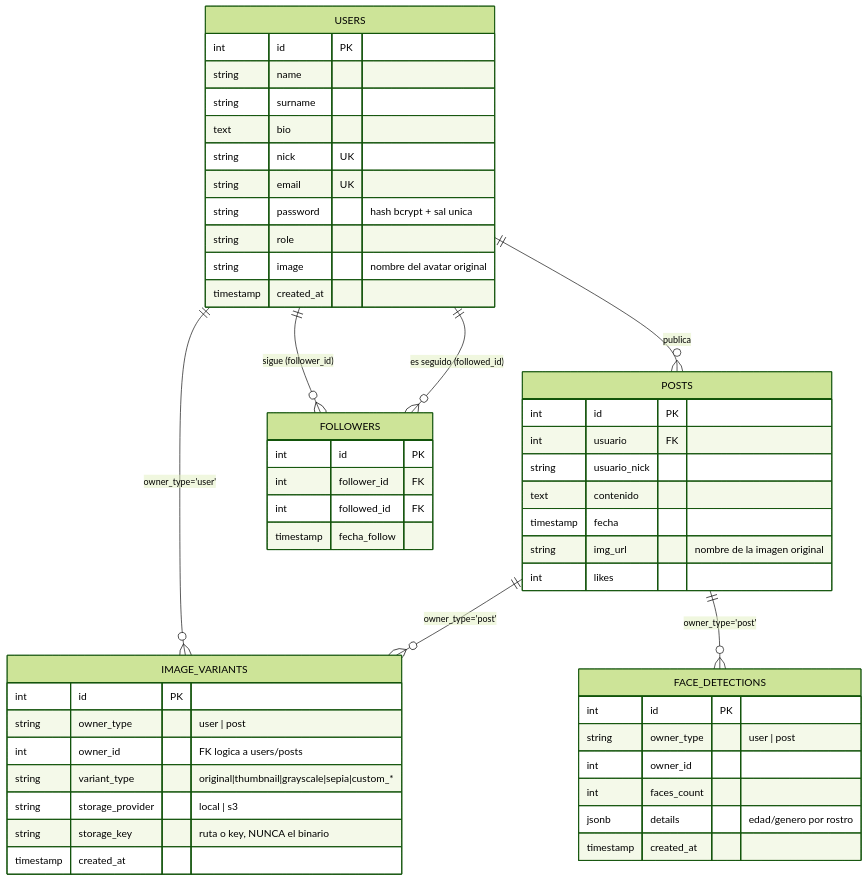
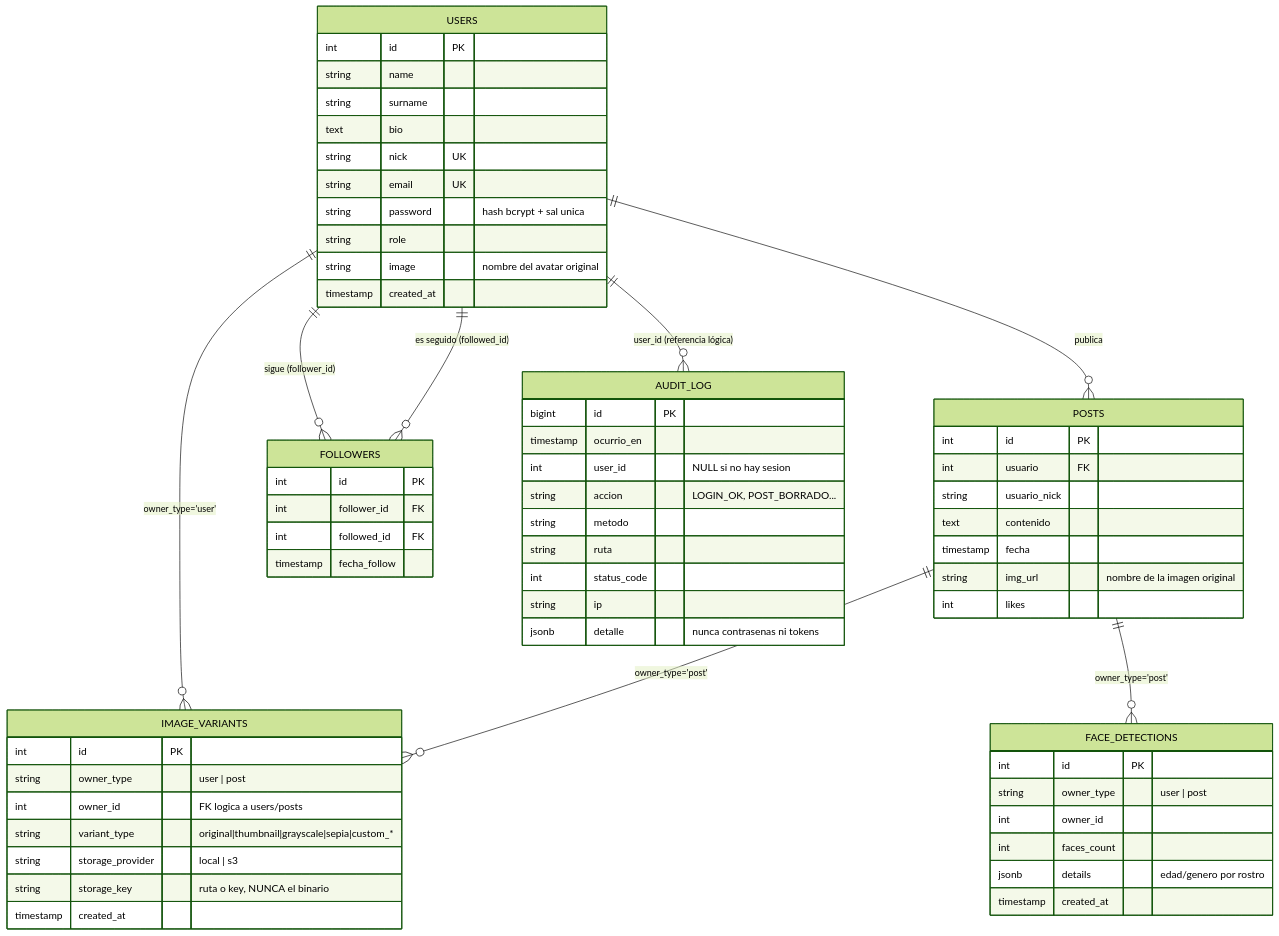
One commit to Meligamer2901/mi-red-social changed the diagram in docs/ESQUEMA_BD.md. Above: the diagram before and after it, drawn with Mermaid (forest theme). The commit also changed 58 other files, not shown here.

````diff
--- a/docs/ESQUEMA_BD.md
+++ b/docs/ESQUEMA_BD.md
@@ -13,58 +13,71 @@
 ```mermaid
 erDiagram
     USERS ||--o{ POSTS : "publica"
     USERS ||--o{ FOLLOWERS : "sigue (follower_id)"
     USERS ||--o{ FOLLOWERS : "es seguido (followed_id)"
     USERS ||--o{ IMAGE_VARIANTS : "owner_type='user'"
     POSTS ||--o{ IMAGE_VARIANTS : "owner_type='post'"
     POSTS ||--o{ FACE_DETECTIONS : "owner_type='post'"
+    USERS ||--o{ AUDIT_LOG : "user_id (referencia lógica)"
 
     USERS {
         int id PK
         string name
         string surname
         text bio
         string nick UK
         string email UK
         string password "hash bcrypt + sal unica"
         string role
         string image "nombre del avatar original"
         timestamp created_at
     }
 
     POSTS {
         int id PK
         int usuario FK
         string usuario_nick
         text contenido
         timestamp fecha
         string img_url "nombre de la imagen original"
         int likes
     }
 
     FOLLOWERS {
         int id PK
         int follower_id FK
         int followed_id FK
         timestamp fecha_follow
     }
 
     IMAGE_VARIANTS {
         int id PK
         string owner_type "user | post"
         int owner_id "FK logica a users/posts"
         string variant_type "original|thumbnail|grayscale|sepia|custom_*"
         string storage_provider "local | s3"
         string storage_key "ruta o key, NUNCA el binario"
         timestamp created_at
     }
 
     FACE_DETECTIONS {
         int id PK
         string owner_type "user | post"
         int owner_id
         int faces_count
         jsonb details "edad/genero por rostro"
         timestamp created_at
     }
+
+    AUDIT_LOG {
+        bigint id PK
+        timestamp ocurrio_en
+        int user_id "NULL si no hay sesion"
+        string accion "LOGIN_OK, POST_BORRADO..."
+        string metodo
+        string ruta
+        int status_code
+        string ip
+        jsonb detalle "nunca contrasenas ni tokens"
+    }
 ```
````
